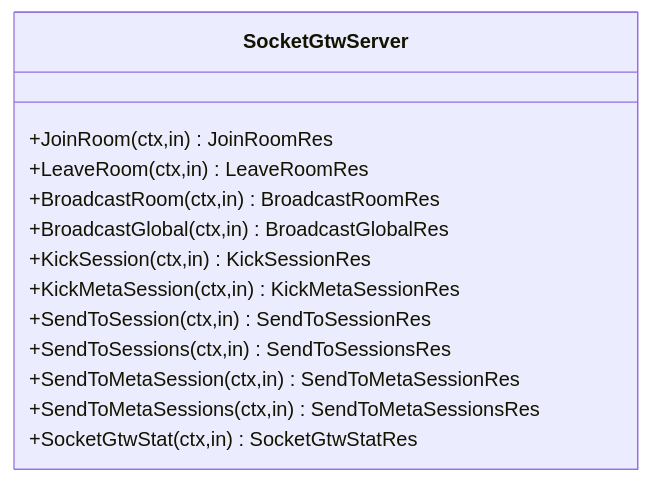
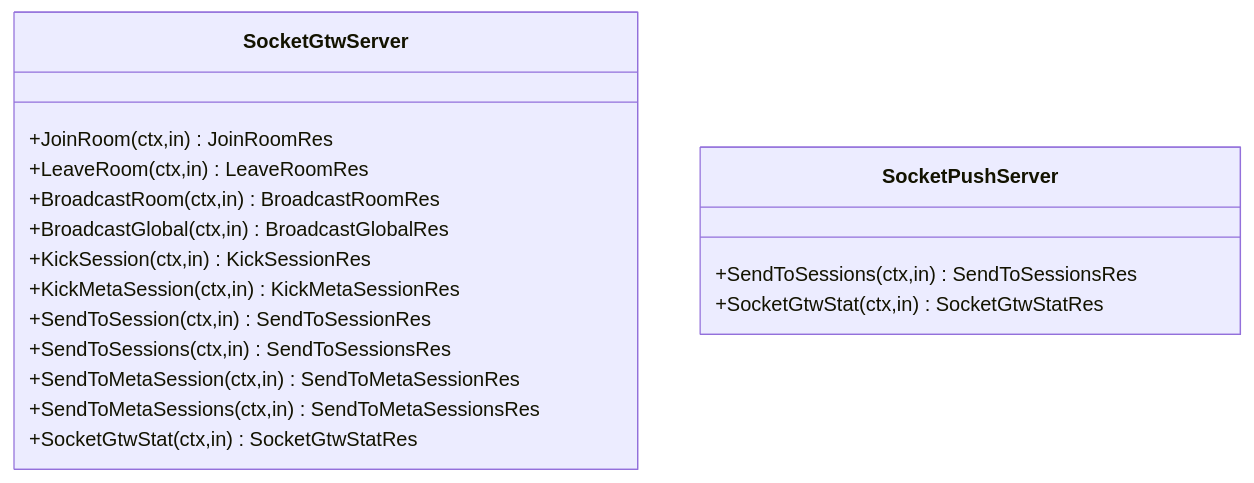
The ninth of 10 diagrams in .qoder/repowiki/zh/content/实时通信模块/SocketIO网关服务/SocketIO网关服务.md (maomao94/zero-service), drawn with Mermaid before and after one commit. The commit also changed other lines of this file and 15 other files, not shown here.

````diff
--- a/.qoder/repowiki/zh/content/实时通信模块/SocketIO网关服务/SocketIO网关服务.md
+++ b/.qoder/repowiki/zh/content/实时通信模块/SocketIO网关服务/SocketIO网关服务.md
@@ -304,16 +334,20 @@
 ```mermaid
 classDiagram
 class SocketGtwServer {
 +JoinRoom(ctx,in) JoinRoomRes
 +LeaveRoom(ctx,in) LeaveRoomRes
 +BroadcastRoom(ctx,in) BroadcastRoomRes
 +BroadcastGlobal(ctx,in) BroadcastGlobalRes
 +KickSession(ctx,in) KickSessionRes
 +KickMetaSession(ctx,in) KickMetaSessionRes
 +SendToSession(ctx,in) SendToSessionRes
 +SendToSessions(ctx,in) SendToSessionsRes
 +SendToMetaSession(ctx,in) SendToMetaSessionRes
 +SendToMetaSessions(ctx,in) SendToMetaSessionsRes
 +SocketGtwStat(ctx,in) SocketGtwStatRes
 }
+class SocketPushServer {
++SendToSessions(ctx,in) SendToSessionsRes
++SocketGtwStat(ctx,in) SocketGtwStatRes
+}
 ```
````
